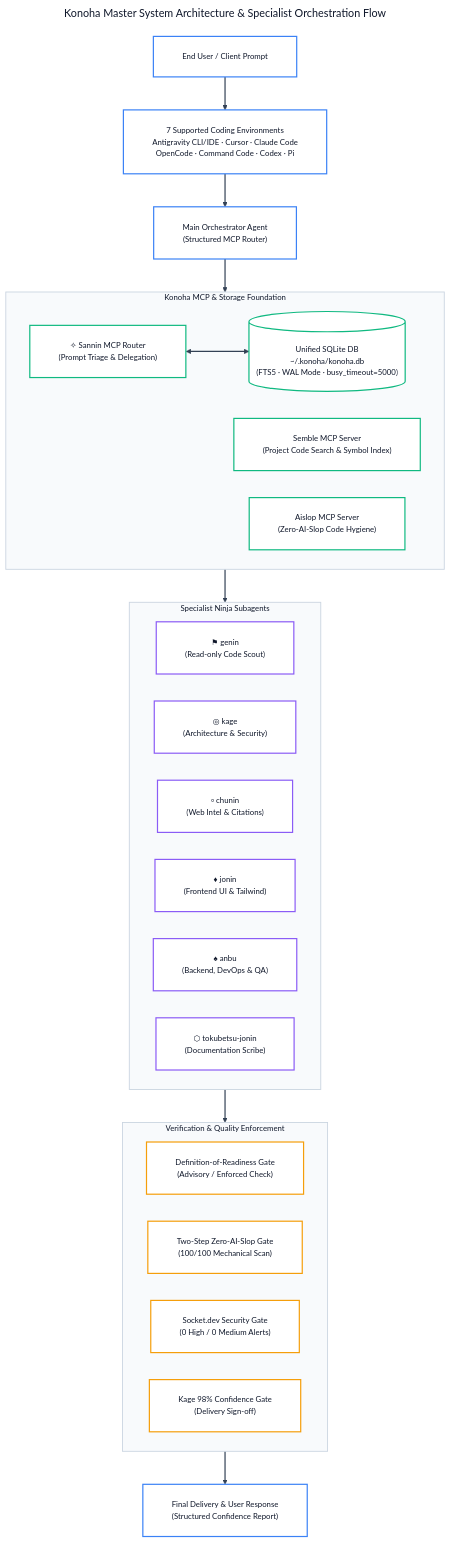
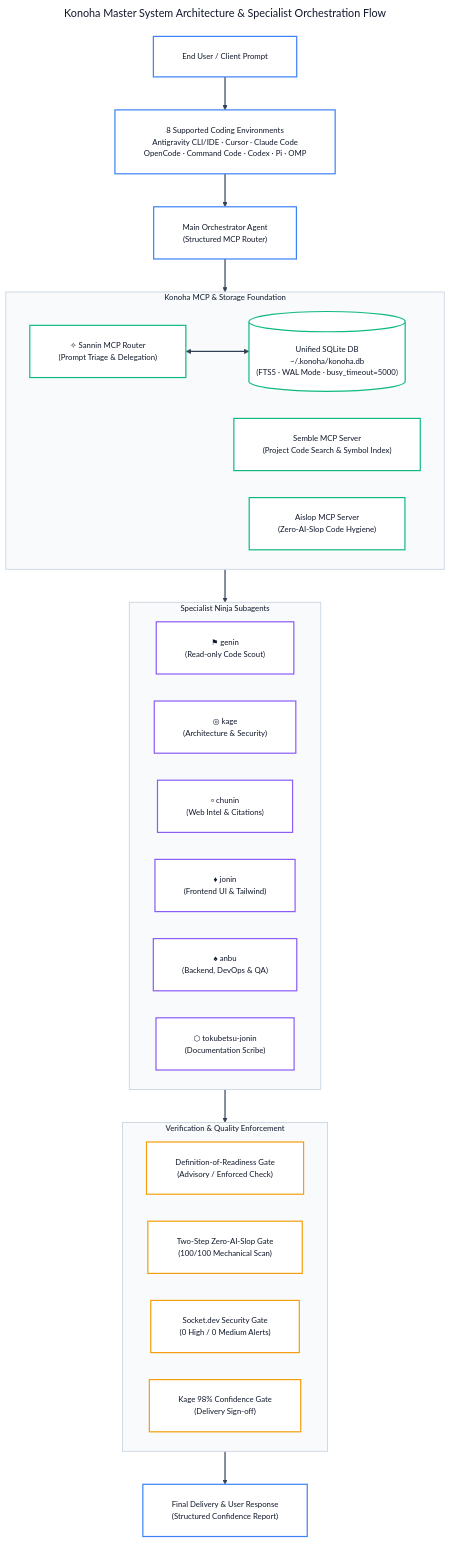
One commit to andycungkrinx91/konoha changed the first of 14 diagrams in docs/ALL-WORKFLOW-DIAGRAMS.md. Above: the diagram before and after it, drawn with Mermaid. The commit also changed 37 other files, not shown here.

Commit message:
feat(client): add OMP client support across runtime, CLI, Web UI, diagrams and documentation

````diff
--- a/docs/ALL-WORKFLOW-DIAGRAMS.md
+++ b/docs/ALL-WORKFLOW-DIAGRAMS.md
@@ -28,74 +28,74 @@
 ```mermaid
 ---
 title: Konoha Master System Architecture & Specialist Orchestration Flow
 config:
   theme: base
   themeVariables:
     darkMode: false
     background: '#ffffff'
     mainBkg: '#ffffff'
     primaryColor: '#ffffff'
     primaryTextColor: '#0f172a'
     primaryBorderColor: '#3b82f6'
     lineColor: '#334155'
     arrowheadColor: '#334155'
     secondaryColor: '#f8fafc'
     tertiaryColor: '#ffffff'
     fontFamily: 'Inter, system-ui, -apple-system, sans-serif'
     fontSize: '13px'
   flowchart:
     nodeSpacing: 45
     rankSpacing: 55
     padding: 24
     wrappingWidth: 380
 ---
 flowchart TB
-    UserPrompt["End User / Client Prompt"] --> Clients["7 Supported Coding Environments<br/>Antigravity CLI/IDE · Cursor · Claude Code<br/>OpenCode · Command Code · Codex · Pi"]
+    UserPrompt["End User / Client Prompt"] --> Clients["8 Supported Coding Environments<br/>Antigravity CLI/IDE · Cursor · Claude Code<br/>OpenCode · Command Code · Codex · Pi · OMP"]
     Clients --> Orchestrator["Main Orchestrator Agent<br/>(Structured MCP Router)"]
 
     subgraph CoreMCP ["Konoha MCP & Storage Foundation"]
         SanninRouter["✧ Sannin MCP Router<br/>(Prompt Triage &amp; Delegation)"]
         SQLiteDB[("Unified SQLite DB<br/>~/.konoha/konoha.db<br/>(FTS5 · WAL Mode · busy_timeout=5000)")]
         SembleSearch["Semble MCP Server<br/>(Project Code Search &amp; Symbol Index)"]
         AislopScanner["Aislop MCP Server<br/>(Zero-AI-Slop Code Hygiene)"]
         SanninRouter <--> SQLiteDB
     end
 
     Orchestrator --> CoreMCP
 
     subgraph NinjaTeam ["Specialist Ninja Subagents"]
         Genin["⚑ genin<br/>(Read-only Code Scout)"]
         Kage["◎ kage<br/>(Architecture &amp; Security)"]
         Chunin["▫ chunin<br/>(Web Intel &amp; Citations)"]
         Jonin["♦ jonin<br/>(Frontend UI &amp; Tailwind)"]
         Anbu["♠ anbu<br/>(Backend, DevOps &amp; QA)"]
         Tokubetsu["⬡ tokubetsu-jonin<br/>(Documentation Scribe)"]
     end
 
     CoreMCP --> NinjaTeam
 
     subgraph QualityGate ["Verification & Quality Enforcement"]
         DoRGate["Definition-of-Readiness Gate<br/>(Advisory / Enforced Check)"]
         SlopGate["Two-Step Zero-AI-Slop Gate<br/>(100/100 Mechanical Scan)"]
         SocketGate["Socket.dev Security Gate<br/>(0 High / 0 Medium Alerts)"]
         ConfidenceGate["Kage 98% Confidence Gate<br/>(Delivery Sign-off)"]
     end
 
     NinjaTeam --> QualityGate
     QualityGate --> Delivery["Final Delivery &amp; User Response<br/>(Structured Confidence Report)"]
 
     linkStyle default stroke:#334155,stroke-width:2px;
     style CoreMCP fill:#f8fafc,stroke:#cbd5e1,stroke-width:1.5px,color:#0f172a;
     style NinjaTeam fill:#f8fafc,stroke:#cbd5e1,stroke-width:1.5px,color:#0f172a;
     style QualityGate fill:#f8fafc,stroke:#cbd5e1,stroke-width:1.5px,color:#0f172a;
 
     classDef clientNode fill:#ffffff,stroke:#3b82f6,color:#0f172a,stroke-width:2px;
     classDef mcpNode fill:#ffffff,stroke:#10b981,color:#0f172a,stroke-width:2px;
     classDef agentNode fill:#ffffff,stroke:#8b5cf6,color:#0f172a,stroke-width:2px;
     classDef gateNode fill:#ffffff,stroke:#f59e0b,color:#0f172a,stroke-width:2px;
 
     class UserPrompt,Clients,Orchestrator,Delivery clientNode;
     class SanninRouter,SQLiteDB,SembleSearch,AislopScanner mcpNode;
     class Genin,Kage,Chunin,Jonin,Anbu,Tokubetsu agentNode;
     class DoRGate,SlopGate,SocketGate,ConfidenceGate gateNode;
 ```
````
